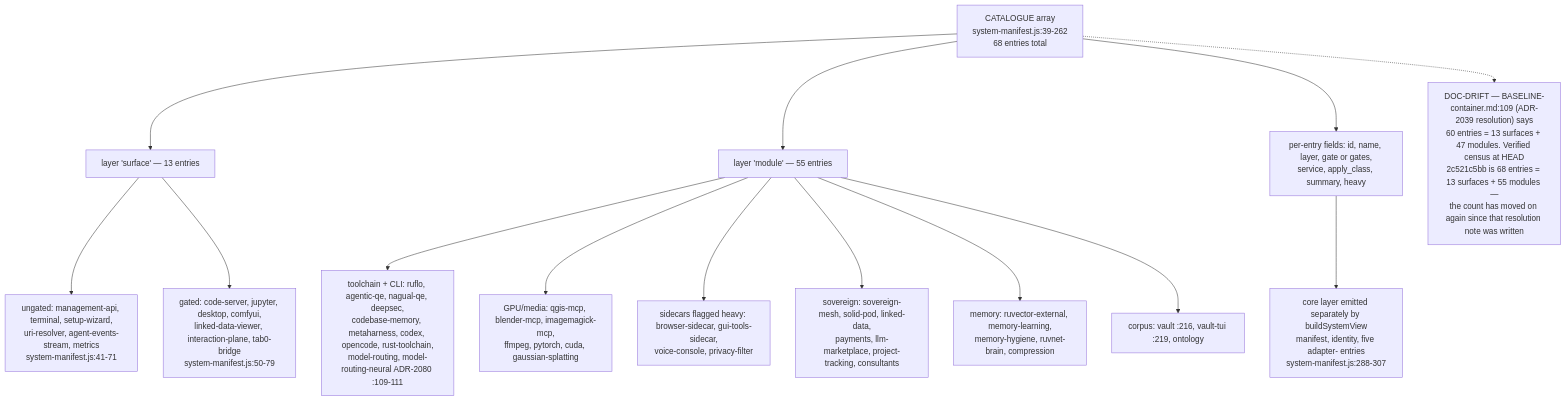
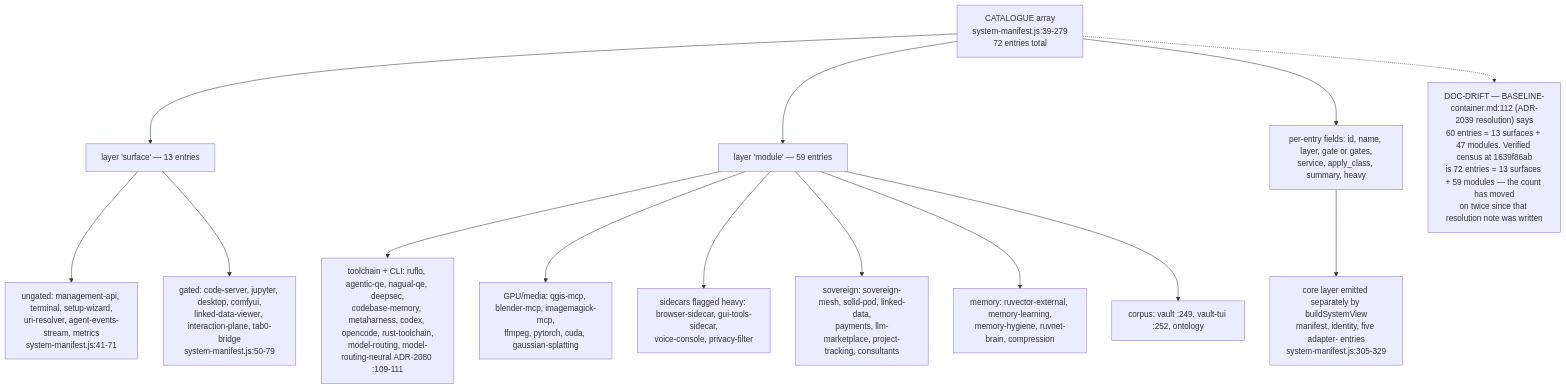
Before and after one commit to DreamLab-AI/VisionFlow: the second of 13 diagrams in docs/diagrams/agentbox/05-manifest-gates-and-cli.md, drawn with Mermaid. The commit also changed other lines of this file and 28 other files, not shown here.

````diff
--- a/docs/diagrams/agentbox/05-manifest-gates-and-cli.md
+++ b/docs/diagrams/agentbox/05-manifest-gates-and-cli.md
@@ -67,16 +68,16 @@
 ```mermaid
 flowchart TD
-    CAT["CATALOGUE array<br/>system-manifest.js:39-262<br/>68 entries total"] --> SURF["layer 'surface' — 13 entries"]
-    CAT --> MOD["layer 'module' — 55 entries"]
+    CAT["CATALOGUE array<br/>system-manifest.js:39-279<br/>72 entries total"] --> SURF["layer 'surface' — 13 entries"]
+    CAT --> MOD["layer 'module' — 59 entries"]
     SURF --> S1["ungated: management-api, terminal, setup-wizard,<br/>uri-resolver, agent-events-stream, metrics<br/>system-manifest.js:41-71"]
     SURF --> S2["gated: code-server, jupyter, desktop, comfyui,<br/>linked-data-viewer, interaction-plane, tab0-bridge<br/>system-manifest.js:50-79"]
     MOD --> M1["toolchain + CLI: ruflo, agentic-qe, nagual-qe, deepsec,<br/>codebase-memory, metaharness, codex, opencode, rust-toolchain,<br/>model-routing, model-routing-neural ADR-2080 :109-111"]
     MOD --> M2["GPU/media: qgis-mcp, blender-mcp, imagemagick-mcp,<br/>ffmpeg, pytorch, cuda, gaussian-splatting"]
     MOD --> M3["sidecars flagged heavy: browser-sidecar, gui-tools-sidecar,<br/>voice-console, privacy-filter"]
     MOD --> M4["sovereign: sovereign-mesh, solid-pod, linked-data,<br/>payments, llm-marketplace, project-tracking, consultants"]
     MOD --> M5["memory: ruvector-external, memory-learning,<br/>memory-hygiene, ruvnet-brain, compression"]
-    MOD --> M6["corpus: vault :216, vault-tui :219, ontology"]
+    MOD --> M6["corpus: vault :249, vault-tui :252, ontology"]
     CAT --> FIELDS["per-entry fields: id, name, layer, gate or gates,<br/>service, apply_class, summary, heavy"]
-    FIELDS --> CORE["core layer emitted separately by buildSystemView<br/>manifest, identity, five adapter-<slot> entries<br/>system-manifest.js:288-307"]
-    CAT -.-> DRIFT["DOC-DRIFT — BASELINE-container.md:109 (ADR-2039 resolution) says<br/>60 entries = 13 surfaces + 47 modules. Verified census at HEAD<br/>2c521c5bb is 68 entries = 13 surfaces + 55 modules —<br/>the count has moved on again since that resolution note was written"]
+    FIELDS --> CORE["core layer emitted separately by buildSystemView<br/>manifest, identity, five adapter-<slot> entries<br/>system-manifest.js:305-329"]
+    CAT -.-> DRIFT["DOC-DRIFT — BASELINE-container.md:112 (ADR-2039 resolution) says<br/>60 entries = 13 surfaces + 47 modules. Verified census at 1639f86ab<br/>is 72 entries = 13 surfaces + 59 modules — the count has moved<br/>on twice since that resolution note was written"]
 ```
````
